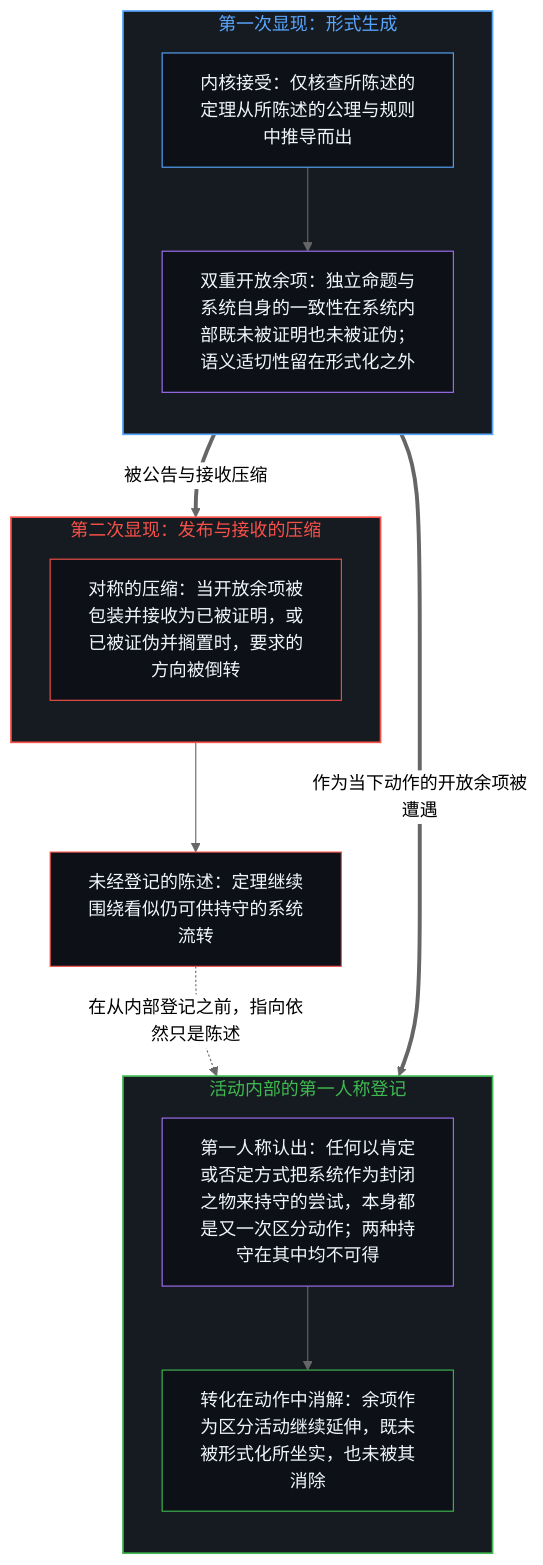
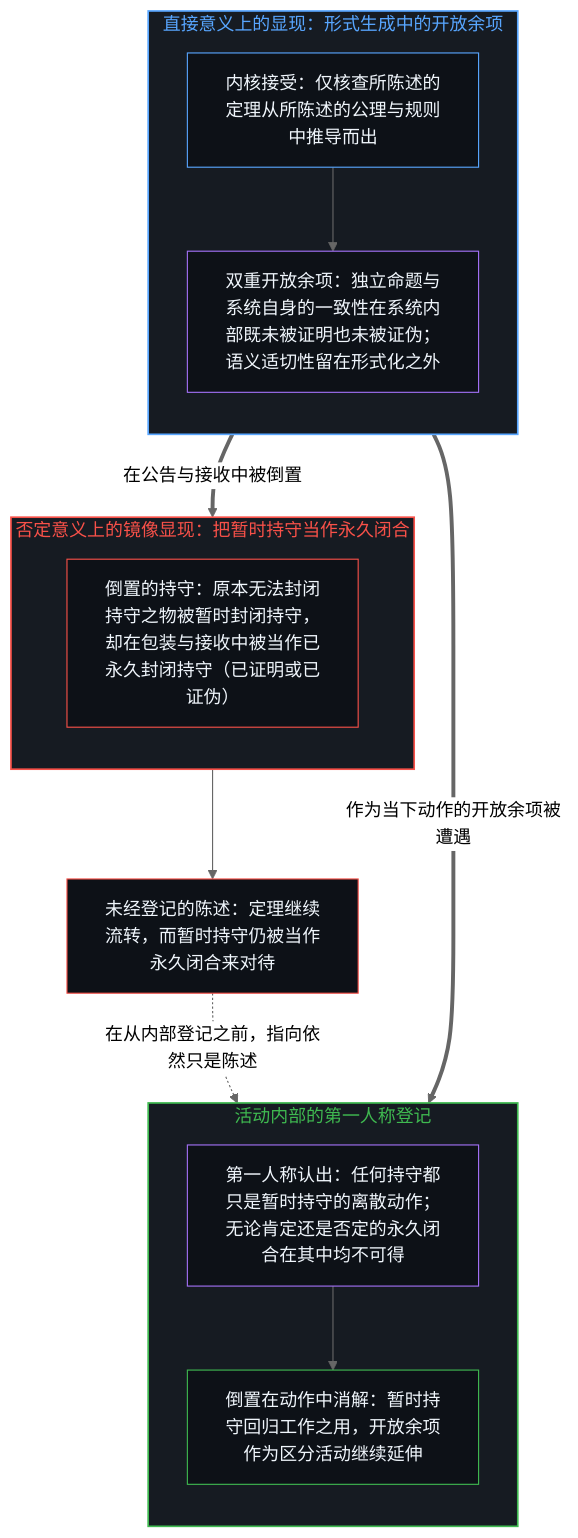
Before and after one commit to powerpig99/not-a-toe: the third of 4 diagrams in content/posts/incompleteness-exhibited-twice.md, drawn with Mermaid (neutral theme). The commit also changed other lines of this file and 3 other files, not shown here.

````diff
--- a/content/posts/incompleteness-exhibited-twice.md
+++ b/content/posts/incompleteness-exhibited-twice.md
@@ -115,33 +115,33 @@
 ```mermaid
 flowchart TD
-    subgraph S_First["第一次显现：形式生成"]
+    subgraph S_First["直接意义上的显现：形式生成中的开放余项"]
         direction TB
         K["内核接受：仅核查所陈述的定理从所陈述的公理与规则中推导而出"]
         R1["双重开放余项：独立命题与系统自身的一致性在系统内部既未被证明也未被证伪；语义适切性留在形式化之外"]
         K --> R1
     end
-    subgraph S_Second["第二次显现：发布与接收的压缩"]
+    subgraph S_Second["否定意义上的镜像显现：把暂时持守当作永久闭合"]
         direction TB
-        C["对称的压缩：当开放余项被包装并接收为已被证明，或已被证伪并搁置时，要求的方向被倒转"]
+        C["倒置的持守：原本无法封闭持守之物被暂时封闭持守，却在包装与接收中被当作已永久封闭持守（已证明或已证伪）"]
     end
-    A["未经登记的陈述：定理继续围绕看似仍可供持守的系统流转"]
+    A["未经登记的陈述：定理继续流转，而暂时持守仍被当作永久闭合来对待"]
     subgraph S_Reg["活动内部的第一人称登记"]
         direction TB
-        F["第一人称认出：任何以肯定或否定方式把系统作为封闭之物来持守的尝试，本身都是又一次区分动作；两种持守在其中均不可得"]
-        D["转化在动作中消解：余项作为区分活动继续延伸，既未被形式化所坐实，也未被其消除"]
+        F["第一人称认出：任何持守都只是暂时持守的离散动作；无论肯定还是否定的永久闭合在其中均不可得"]
+        D["倒置在动作中消解：暂时持守回归工作之用，开放余项作为区分活动继续延伸"]
         F --> D
     end
-    R1 ==>|"被公告与接收压缩"| C
+    R1 ==>|"在公告与接收中被倒置"| C
     C --> A
     R1 ==>|"作为当下动作的开放余项被遭遇"| F
     A -.->|"在从内部登记之前，指向依然只是陈述"| F
     style S_First fill:#161b22,stroke:#58a6ff,stroke-width:1.5px,color:#58a6ff
     style S_Second fill:#161b22,stroke:#f85149,stroke-width:1.5px,color:#f85149
     style S_Reg fill:#161b22,stroke:#3fb950,stroke-width:1.5px,color:#3fb950
     style K fill:#0d1117,stroke:#58a6ff,stroke-width:1px,color:#f0f6fc
     style R1 fill:#0d1117,stroke:#a371f7,stroke-width:1px,color:#f0f6fc
     style C fill:#0d1117,stroke:#f85149,stroke-width:1px,color:#f0f6fc
     style A fill:#0d1117,stroke:#f85149,stroke-width:1px,color:#f0f6fc
     style F fill:#0d1117,stroke:#a371f7,stroke-width:1px,color:#f0f6fc
     style D fill:#0d1117,stroke:#3fb950,stroke-width:1px,color:#f0f6fc
 ```
````
